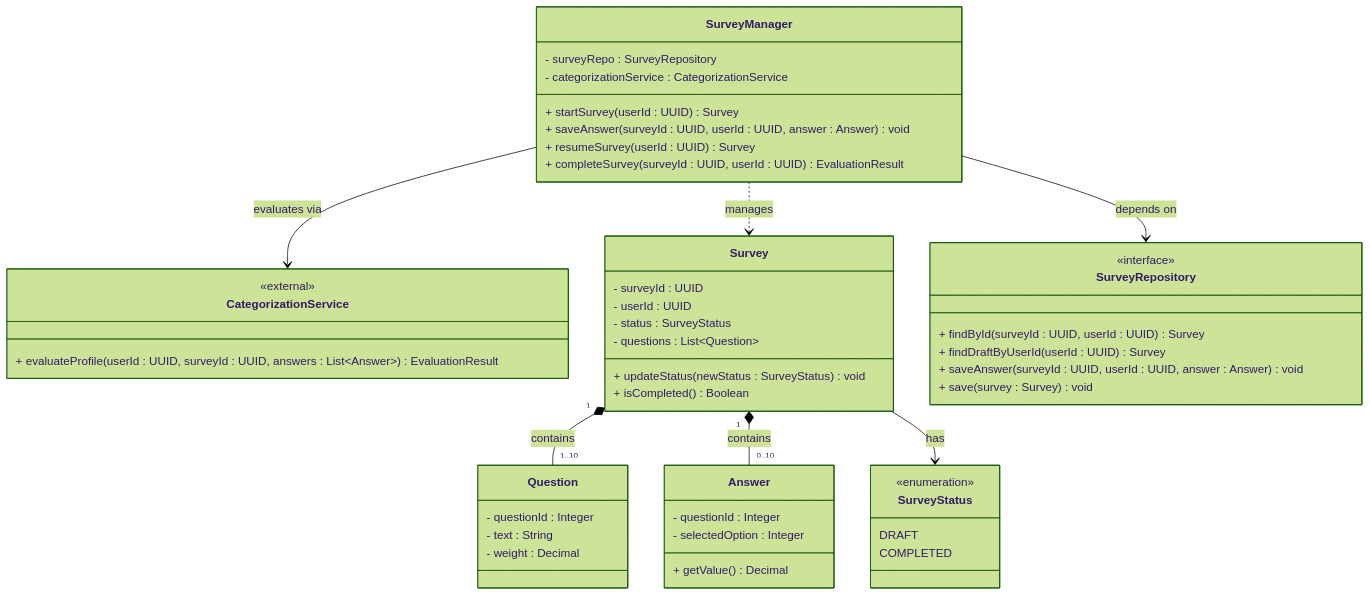
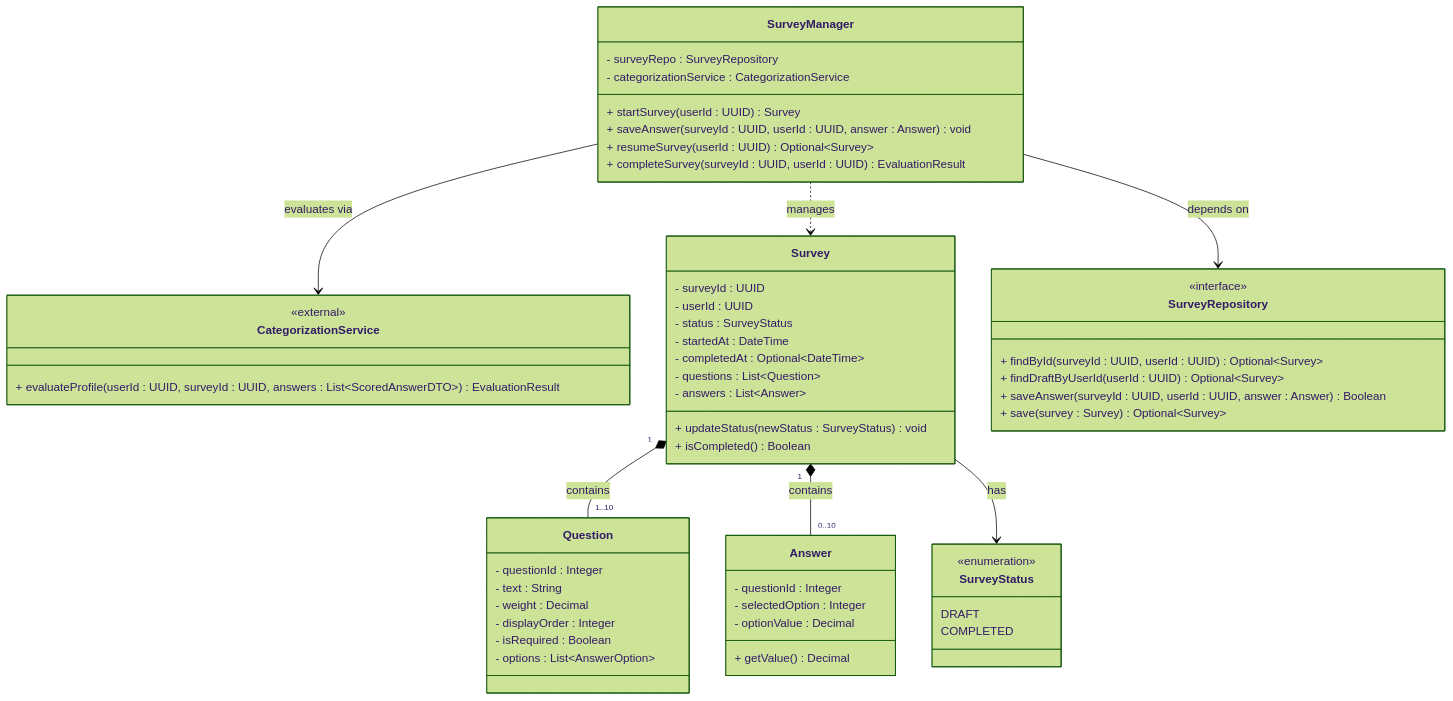
The third of 3 diagrams in docs/design/01_Architectural_and_Detailed_Design.md (juacortesva/Grupo-5-Finanzas-Ingesoft_I_UN_2026-II), drawn with Mermaid (forest theme) before and after one commit. The commit also changed other lines of this file and 10 other files, not shown here.

````diff
--- a/docs/design/01_Architectural_and_Detailed_Design.md
+++ b/docs/design/01_Architectural_and_Detailed_Design.md
@@ -159,58 +186,65 @@
 ```mermaid
 classDiagram
     class SurveyManager {
         - surveyRepo : SurveyRepository
         - categorizationService : CategorizationService
         + startSurvey(userId : UUID) Survey
         + saveAnswer(surveyId : UUID, userId : UUID, answer : Answer) void
-        + resumeSurvey(userId : UUID) Survey
+        + resumeSurvey(userId : UUID) Optional~Survey~
         + completeSurvey(surveyId : UUID, userId : UUID) EvaluationResult
     }
   
     class CategorizationService {
         <<external>>
-        + evaluateProfile(userId : UUID, surveyId : UUID, answers : List~Answer~) EvaluationResult
+        + evaluateProfile(userId : UUID, surveyId : UUID, answers : List~ScoredAnswerDTO~) EvaluationResult
     }
 
     class Survey {
         - surveyId : UUID
         - userId : UUID
         - status : SurveyStatus
+        - startedAt : DateTime
+        - completedAt : Optional~DateTime~
         - questions : List~Question~
+        - answers : List~Answer~
         + updateStatus(newStatus : SurveyStatus) void
         + isCompleted() Boolean
     }
   
     class Question {
         - questionId : Integer
         - text : String
         - weight : Decimal
+        - displayOrder : Integer
+        - isRequired : Boolean
+        - options : List~AnswerOption~
     }
   
     class Answer {
         - questionId : Integer
         - selectedOption : Integer
+        - optionValue : Decimal
         + getValue() Decimal
     }
   
     class SurveyStatus {
         <<enumeration>>
         DRAFT
         COMPLETED
     }
   
     class SurveyRepository {
         <<interface>>
-        + findById(surveyId : UUID, userId : UUID) Survey
-        + findDraftByUserId(userId : UUID) Survey
-        + saveAnswer(surveyId : UUID, userId : UUID, answer : Answer) void
-        + save(survey : Survey) void
+        + findById(surveyId : UUID, userId : UUID) Optional~Survey~
+        + findDraftByUserId(userId : UUID) Optional~Survey~
+        + saveAnswer(surveyId : UUID, userId : UUID, answer : Answer) Boolean
+        + save(survey : Survey) Optional~Survey~
     }
 
     SurveyManager --> SurveyRepository : depends on
     SurveyManager --> CategorizationService : evaluates via
     SurveyManager ..> Survey : manages
     Survey "1" *-- "1..10" Question : contains
     Survey "1" *-- "0..10" Answer : contains
     Survey --> SurveyStatus : has
 ```
````
